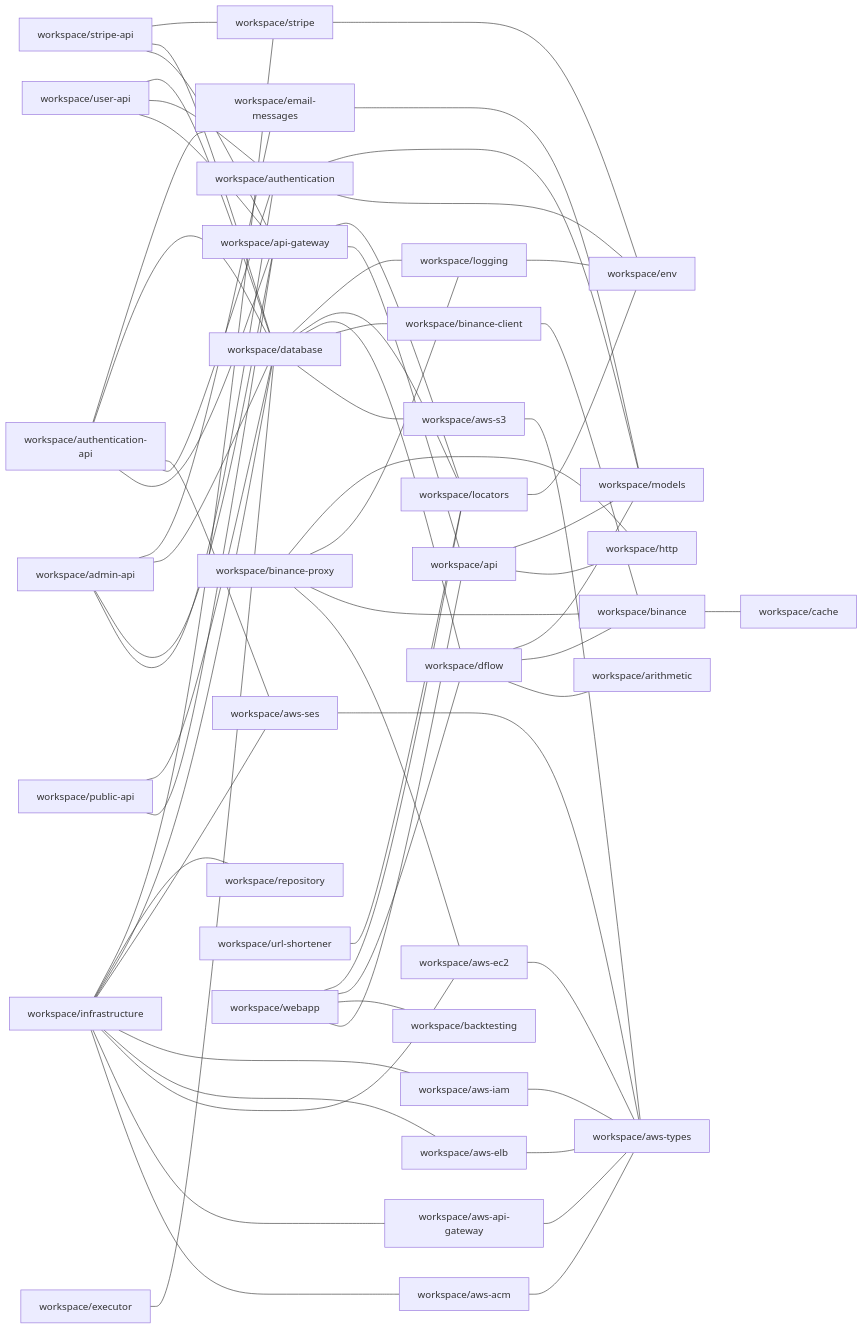
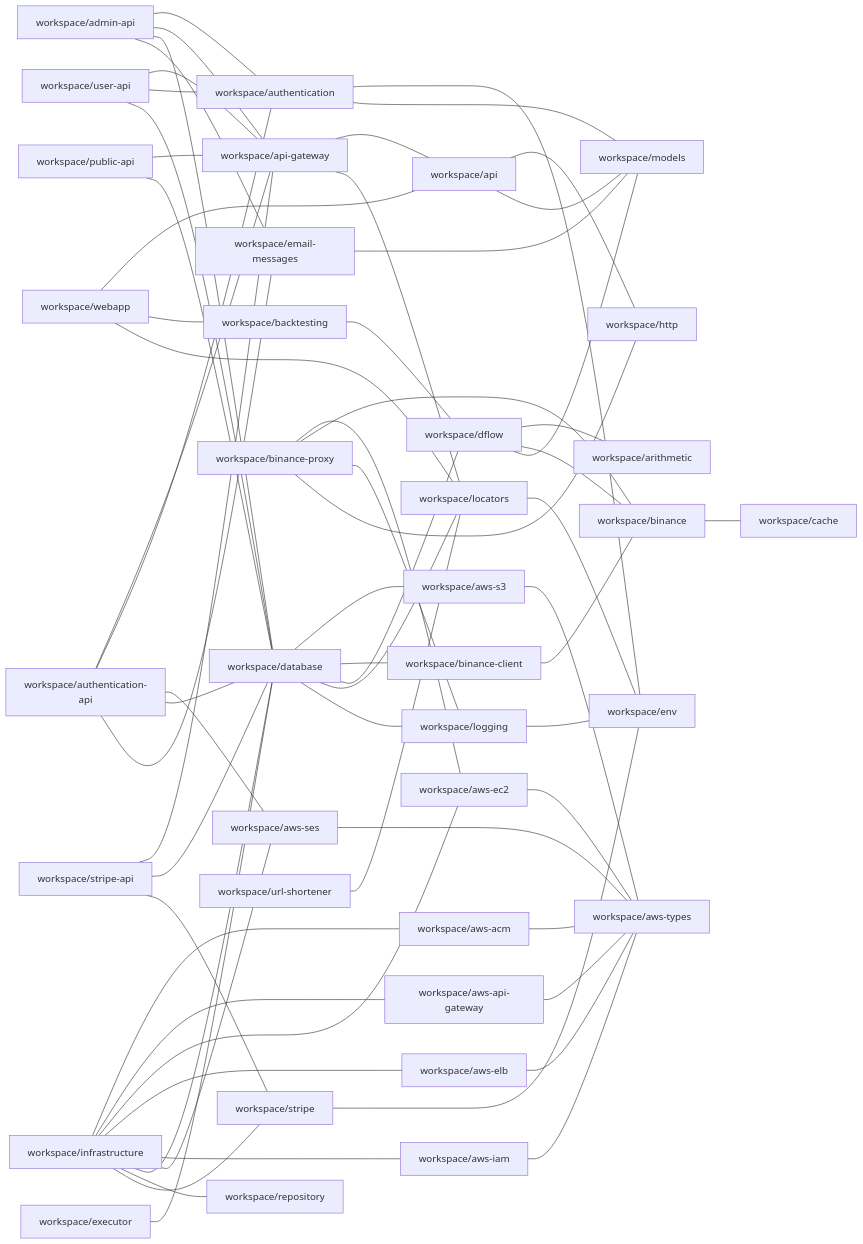
One commit to ggbot-org/ggbot changed the diagram in docs/npm-dependencies.md. Above: the diagram before and after it, drawn with Mermaid. The commit also changed 10 other files, not shown here.

````diff
--- a/docs/npm-dependencies.md
+++ b/docs/npm-dependencies.md
@@ -5,66 +5,66 @@
 ```mermaid
 graph LR
     workspace/admin-api --- workspace/authentication
     workspace/admin-api --- workspace/api-gateway
     workspace/admin-api --- workspace/database
     workspace/admin-api --- workspace/email-messages
     workspace/api --- workspace/http
     workspace/api --- workspace/models
     workspace/api-gateway --- workspace/api
     workspace/api-gateway --- workspace/locators
     workspace/authentication --- workspace/env
     workspace/authentication --- workspace/models
     workspace/authentication-api --- workspace/api-gateway
     workspace/authentication-api --- workspace/authentication
     workspace/authentication-api --- workspace/aws-ses
     workspace/authentication-api --- workspace/database
     workspace/authentication-api --- workspace/email-messages
     workspace/aws-acm --- workspace/aws-types
     workspace/aws-api-gateway --- workspace/aws-types
     workspace/aws-ec2 --- workspace/aws-types
     workspace/aws-elb --- workspace/aws-types
     workspace/aws-iam --- workspace/aws-types
     workspace/aws-s3 --- workspace/aws-types
     workspace/aws-ses --- workspace/aws-types
+    workspace/backtesting --- workspace/dflow
     workspace/binance --- workspace/cache
     workspace/binance-client --- workspace/binance
     workspace/binance-proxy --- workspace/aws-ec2
     workspace/binance-proxy --- workspace/binance
     workspace/binance-proxy --- workspace/logging
     workspace/binance-proxy --- workspace/http
     workspace/database --- workspace/aws-s3
     workspace/database --- workspace/binance-client
     workspace/database --- workspace/dflow
     workspace/database --- workspace/locators
     workspace/database --- workspace/logging
     workspace/dflow --- workspace/arithmetic
     workspace/dflow --- workspace/binance
     workspace/dflow --- workspace/models
     workspace/email-messages --- workspace/models
     workspace/executor --- workspace/database
     workspace/infrastructure --- workspace/aws-acm
     workspace/infrastructure --- workspace/aws-api-gateway
     workspace/infrastructure --- workspace/aws-ec2
     workspace/infrastructure --- workspace/aws-elb
     workspace/infrastructure --- workspace/aws-iam
     workspace/infrastructure --- workspace/aws-ses
     workspace/infrastructure --- workspace/database
     workspace/infrastructure --- workspace/repository
     workspace/infrastructure --- workspace/stripe
     workspace/locators --- workspace/env
     workspace/logging --- workspace/env
     workspace/public-api --- workspace/api-gateway
     workspace/public-api --- workspace/database
     workspace/stripe --- workspace/env
     workspace/stripe-api --- workspace/api-gateway
     workspace/stripe-api --- workspace/database
     workspace/stripe-api --- workspace/stripe
     workspace/url-shortener --- workspace/locators
     workspace/user-api --- workspace/api-gateway
     workspace/user-api --- workspace/authentication
     workspace/user-api --- workspace/database
     workspace/webapp --- workspace/api
     workspace/webapp --- workspace/backtesting
-    workspace/webapp --- workspace/dflow
     workspace/webapp --- workspace/locators
 ```
````
